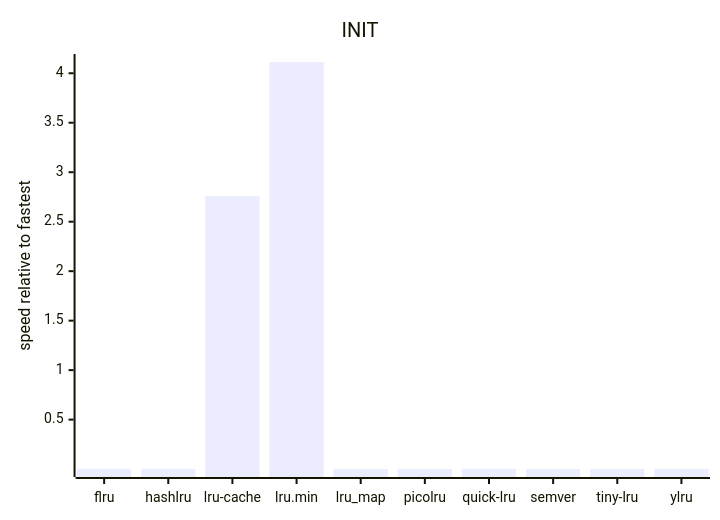
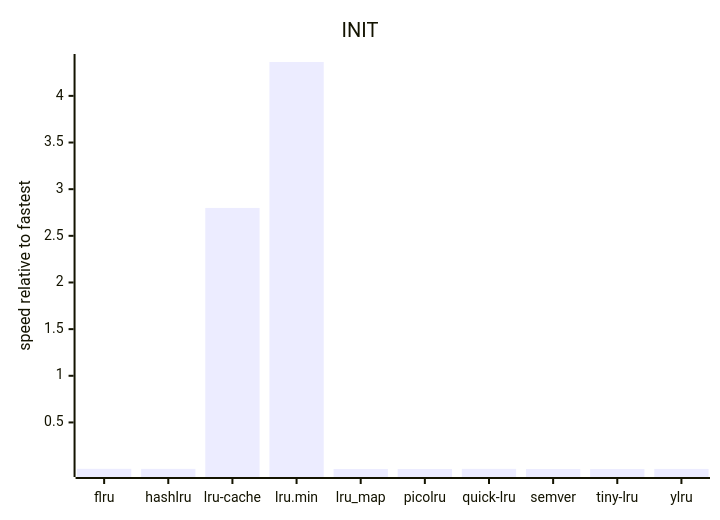
One commit to beeequeue/bench-lru changed the sixth of 11 diagrams in README.md. Above: the diagram before and after it, drawn with Mermaid. The commit also changed other lines of this file, not shown here.

````diff
--- a/README.md
+++ b/README.md
@@ -85,7 +85,7 @@
 ```mermaid
 xychart-beta
   title "INIT"
   x-axis ["flru", "hashlru", "lru-cache", "lru.min", "lru_map", "picolru", "quick-lru", "semver", "tiny-lru", "ylru"]
   y-axis "speed relative to fastest"
-  bar [0.0027, 0.0022, 2.759, 4.1137, 0.0011, 0.0011, 0.0024, 0.001, 0.001, 0.0017]
+  bar [0.0028, 0.0023, 2.7988, 4.363, 0.0011, 0.0011, 0.0024, 0.001, 0.001, 0.0017]
 ```
````
